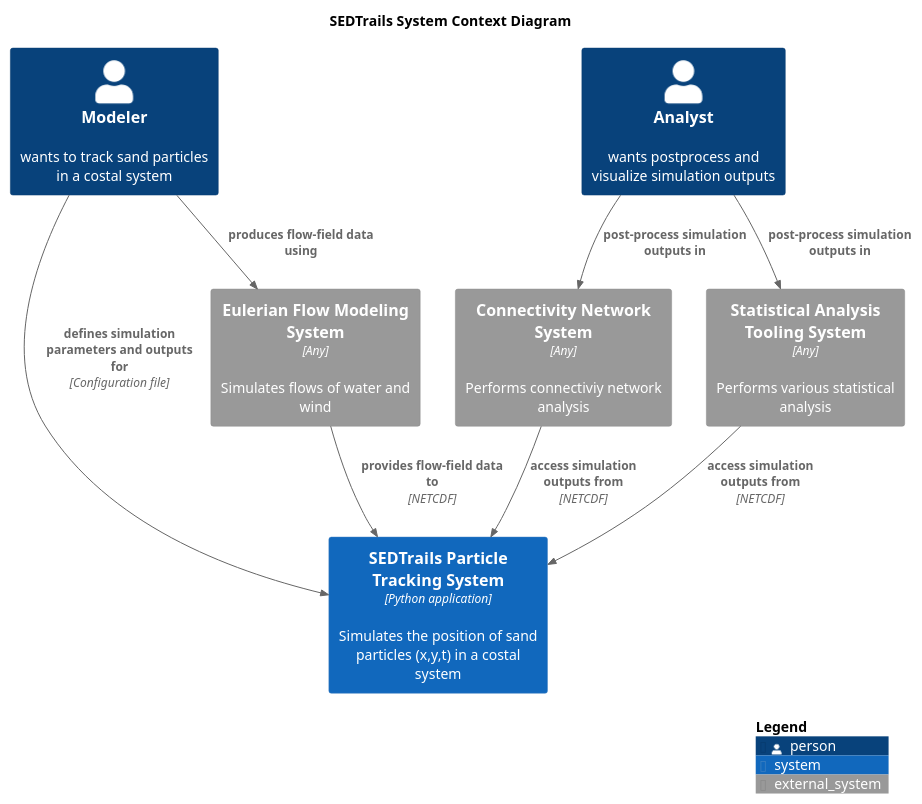
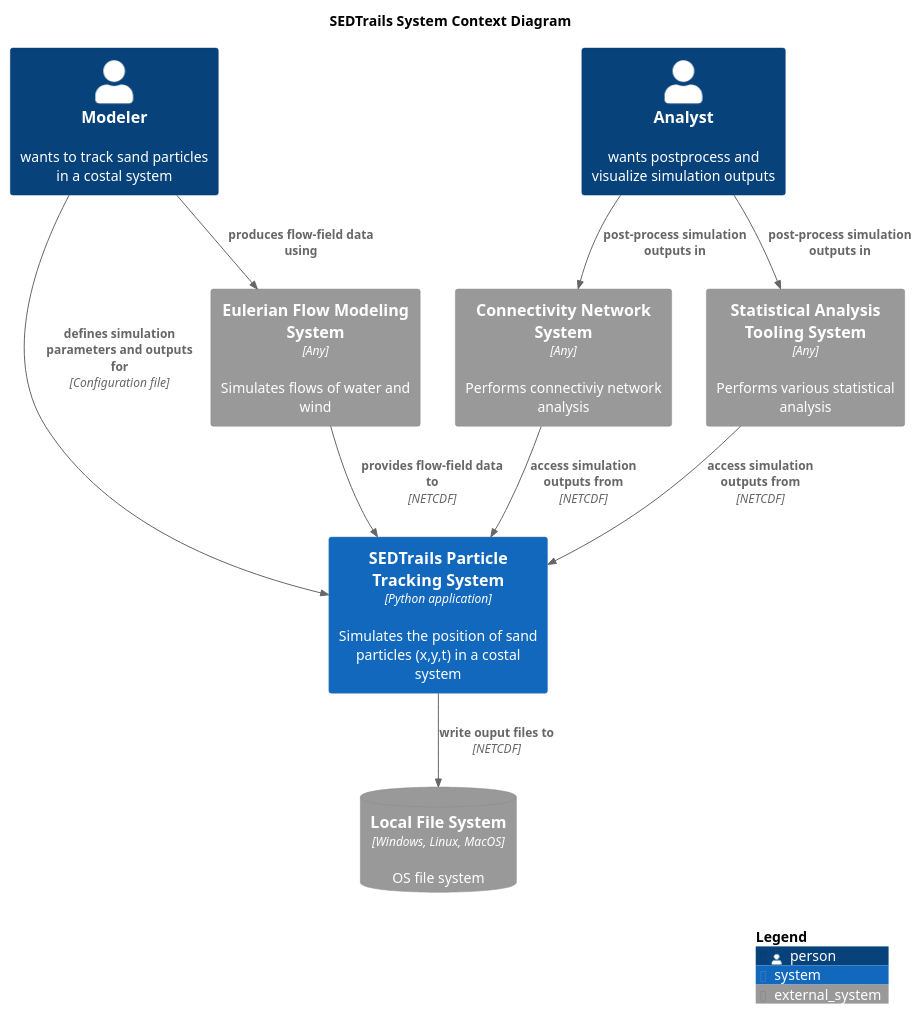
Before and after one commit to sgpearson17/sedtrails-sgp: the diagram in diagrams/context-system.puml, drawn with PlantUML.

Commit message:
add Local File System to context diagram and update relationships for output files

```diff
--- a/diagrams/context-system.puml
+++ b/diagrams/context-system.puml
@@ -1,31 +1,34 @@
 @startuml SedtrailContext
 !include <C4/C4_Container>
 
 title SEDTrails System Context Diagram
 ' scale 2
 
 Person(modeler, "Modeler", "wants to track sand particles in a costal system")
 Person(analyst, "Analyst", "wants postprocess and visualize simulation outputs")
 
 
 System(sedtrails, "SEDTrails Particle Tracking System", "Simulates the position of sand particles (x,y,t) in a costal system", $type="Python application")
 
 
 System_Ext(flowSystem, "Eulerian Flow Modeling System", "Simulates flows of water and wind", $type="Any")
 
 
 System_Ext(connectivityNetworkSys, "Connectivity Network System", "Performs connectiviy network analysis", $type="Any")
 System_Ext(statisticsSys, "Statistical Analysis Tooling System", "Performs various statistical analysis", $type="Any")
+SystemDb_Ext(fileSystem, "Local File System", "OS file system", $type="Windows, Linux, MacOS")
 
 Rel(analyst, connectivityNetworkSys, "post-process simulation outputs in")
 Rel(analyst, statisticsSys, "post-process simulation outputs in")
+Rel(sedtrails, fileSystem, "write ouput files to", "NETCDF")
+
 
 Rel(modeler, sedtrails, "defines simulation parameters and outputs for", "Configuration file")
 Rel(modeler, flowSystem, "produces flow-field data using")
 Rel(connectivityNetworkSys, sedtrails, "access simulation outputs from", "NETCDF")
 Rel(statisticsSys, sedtrails, "access simulation outputs from", "NETCDF")
 
 Rel(flowSystem, sedtrails, "provides flow-field data to ", "NETCDF")
 
 SHOW_LEGEND()
 @enduml
```
